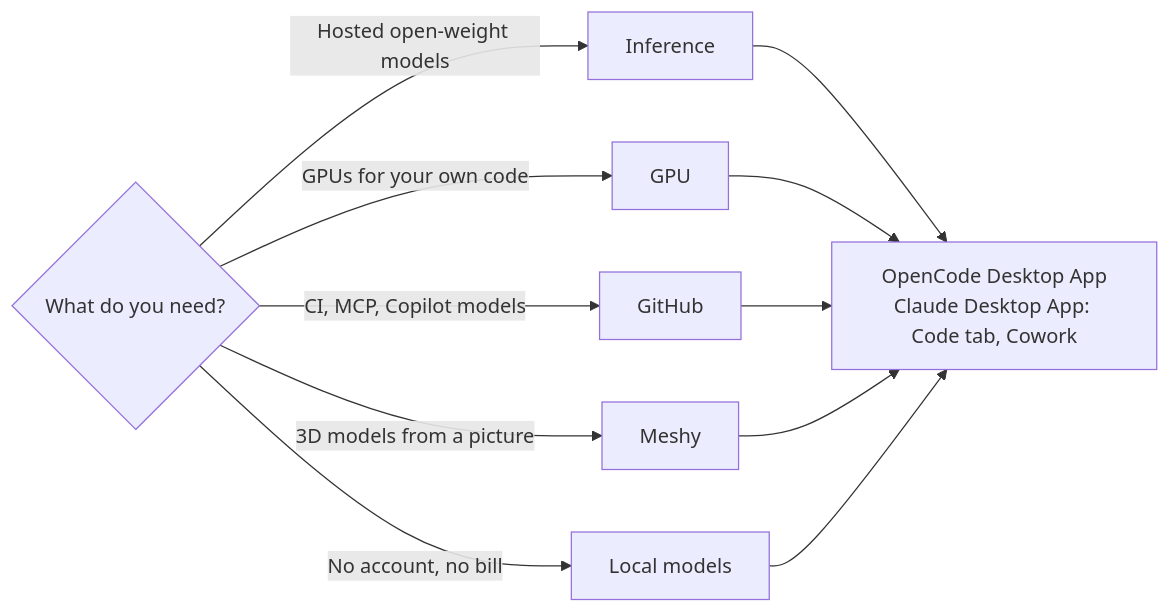
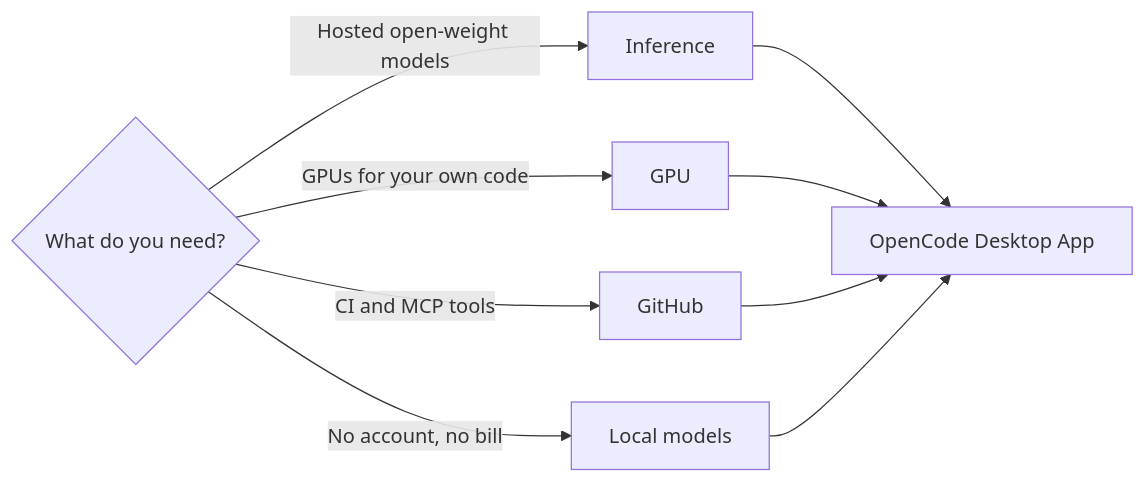
One commit to SoulCraft-Org/compute-crafter changed the diagram in guides/README.md. Above: the diagram before and after it, drawn with Mermaid. The commit also changed other lines of this file and 63 other files, not shown here.

First line of the commit message:
Scope Compute Crafter to OpenCode and open weights only (#329)

````diff
--- a/guides/README.md
+++ b/guides/README.md
@@ -5,9 +5,8 @@
 ```mermaid
 flowchart LR
   Q{What do you need?} -->|Hosted open-weight models| I[Inference]
   Q -->|GPUs for your own code| G[GPU]
-  Q -->|CI, MCP, Copilot models| T[GitHub]
-  Q -->|3D models from a picture| D[Meshy]
+  Q -->|CI and MCP tools| T[GitHub]
   Q -->|No account, no bill| M[Local models]
-  I & G & T & D & M --> H[OpenCode Desktop App<br/>Claude Desktop App: Code tab, Cowork]
+  I & G & T & M --> H[OpenCode Desktop App]
 ```
````
